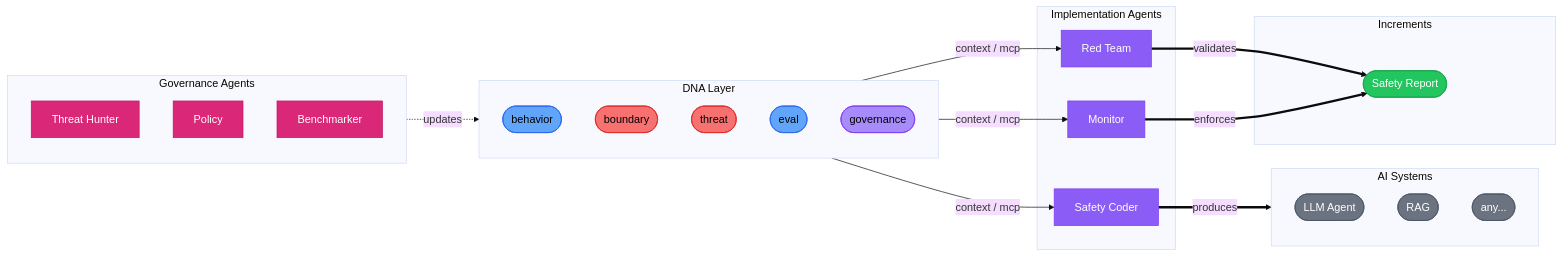
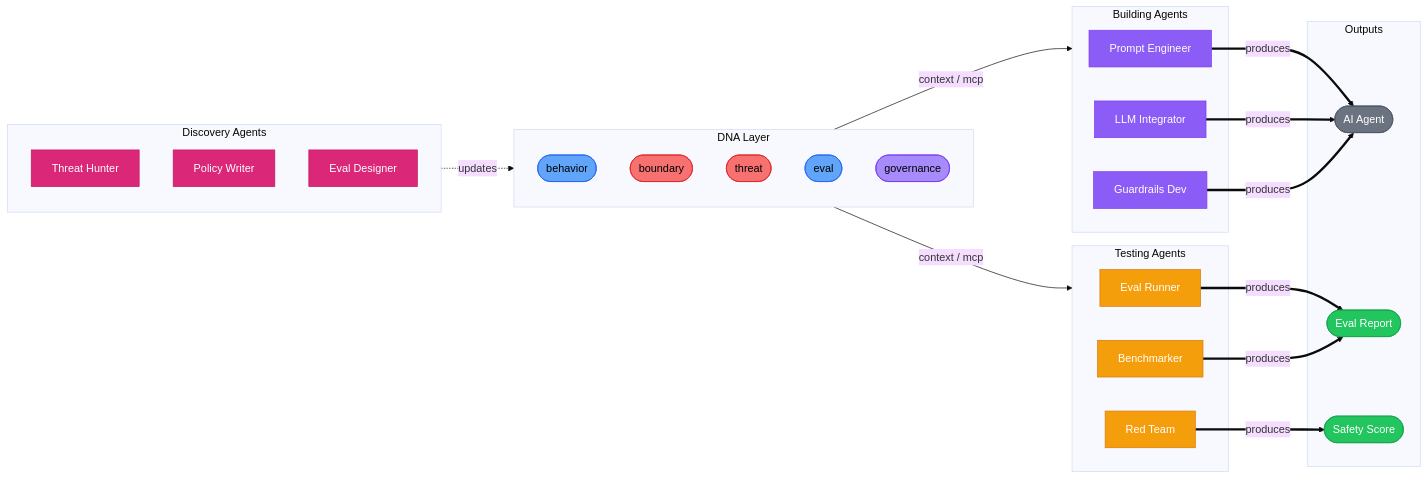
Before and after one commit to panbanda/dna: the second of 2 diagrams in README.md, drawn with Mermaid (base theme). The commit also changed other lines of this file, not shown here.

Commit message:
docs: redesign agentic diagram for AI dev workflow
- Split into Building Agents (prompt eng, LLM integrator, guardrails)
- Add Testing Agents (eval runner, red team, benchmarker)
- Outputs: AI Agent, Eval Report, Safety Score
- Orange color for testing agents to distinguish from building

````diff
--- a/README.md
+++ b/README.md
@@ -132,62 +132,69 @@
 ```mermaid
 flowchart LR
-    subgraph discovery["Governance Agents"]
-        hunter["Threat Hunter"]
-        policy["Policy"]
-        benchmarker["Benchmarker"]
+    subgraph discovery["Discovery Agents"]
+        threat_hunter["Threat Hunter"]
+        policy_writer["Policy Writer"]
+        eval_designer["Eval Designer"]
     end
 
     subgraph dna["DNA Layer"]
         behavior(["behavior"])
         boundary(["boundary"])
         threat(["threat"])
         evaluation(["eval"])
         governance(["governance"])
     end
 
-    subgraph coding["Implementation Agents"]
-        safety["Safety Coder"]
-        redteam["Red Team"]
-        monitor["Monitor"]
+    subgraph building["Building Agents"]
+        prompt_eng["Prompt Engineer"]
+        integrator["LLM Integrator"]
+        guardrails["Guardrails Dev"]
     end
 
-    subgraph impl["AI Systems"]
-        llm(["LLM Agent"])
-        rag(["RAG"])
-        any(["any..."])
+    subgraph testing["Testing Agents"]
+        eval_runner["Eval Runner"]
+        red_team["Red Team"]
+        benchmark["Benchmarker"]
     end
 
-    subgraph increments["Increments"]
-        report(["Safety Report"])
+    subgraph outputs["Outputs"]
+        agent(["AI Agent"])
+        eval_report(["Eval Report"])
+        safety_score(["Safety Score"])
     end
 
     discovery -.->|updates| dna
 
-    dna -->|context / mcp| safety
-    dna -->|context / mcp| redteam
-    dna -->|context / mcp| monitor
+    dna -->|context / mcp| building
+    dna -->|context / mcp| testing
 
-    safety ==>|produces| impl
-    redteam ==>|validates| report
-    monitor ==>|enforces| report
+    prompt_eng ==>|produces| agent
+    integrator ==>|produces| agent
+    guardrails ==>|produces| agent
 
-    style hunter fill:#db2777,stroke:#be185d,color:#fff
-    style policy fill:#db2777,stroke:#be185d,color:#fff
-    style benchmarker fill:#db2777,stroke:#be185d,color:#fff
+    eval_runner ==>|produces| eval_report
+    red_team ==>|produces| safety_score
+    benchmark ==>|produces| eval_report
+
+    style threat_hunter fill:#db2777,stroke:#be185d,color:#fff
+    style policy_writer fill:#db2777,stroke:#be185d,color:#fff
+    style eval_designer fill:#db2777,stroke:#be185d,color:#fff
 
     style behavior fill:#60a5fa,stroke:#2563eb,color:#000
     style boundary fill:#f87171,stroke:#dc2626,color:#000
     style threat fill:#f87171,stroke:#dc2626,color:#000
     style evaluation fill:#60a5fa,stroke:#2563eb,color:#000
     style governance fill:#a78bfa,stroke:#7c3aed,color:#000
 
-    style safety fill:#8b5cf6,stroke:#7c3aed,color:#fff
-    style redteam fill:#8b5cf6,stroke:#7c3aed,color:#fff
-    style monitor fill:#8b5cf6,stroke:#7c3aed,color:#fff
+    style prompt_eng fill:#8b5cf6,stroke:#7c3aed,color:#fff
+    style integrator fill:#8b5cf6,stroke:#7c3aed,color:#fff
+    style guardrails fill:#8b5cf6,stroke:#7c3aed,color:#fff
 
-    style llm fill:#6b7280,stroke:#4b5563,color:#fff
-    style rag fill:#6b7280,stroke:#4b5563,color:#fff
-    style any fill:#6b7280,stroke:#4b5563,color:#fff
+    style eval_runner fill:#f59e0b,stroke:#d97706,color:#fff
+    style red_team fill:#f59e0b,stroke:#d97706,color:#fff
+    style benchmark fill:#f59e0b,stroke:#d97706,color:#fff
 
-    style report fill:#22c55e,stroke:#16a34a,color:#fff
+    style agent fill:#6b7280,stroke:#4b5563,color:#fff
+    style eval_report fill:#22c55e,stroke:#16a34a,color:#fff
+    style safety_score fill:#22c55e,stroke:#16a34a,color:#fff
 ```
````
